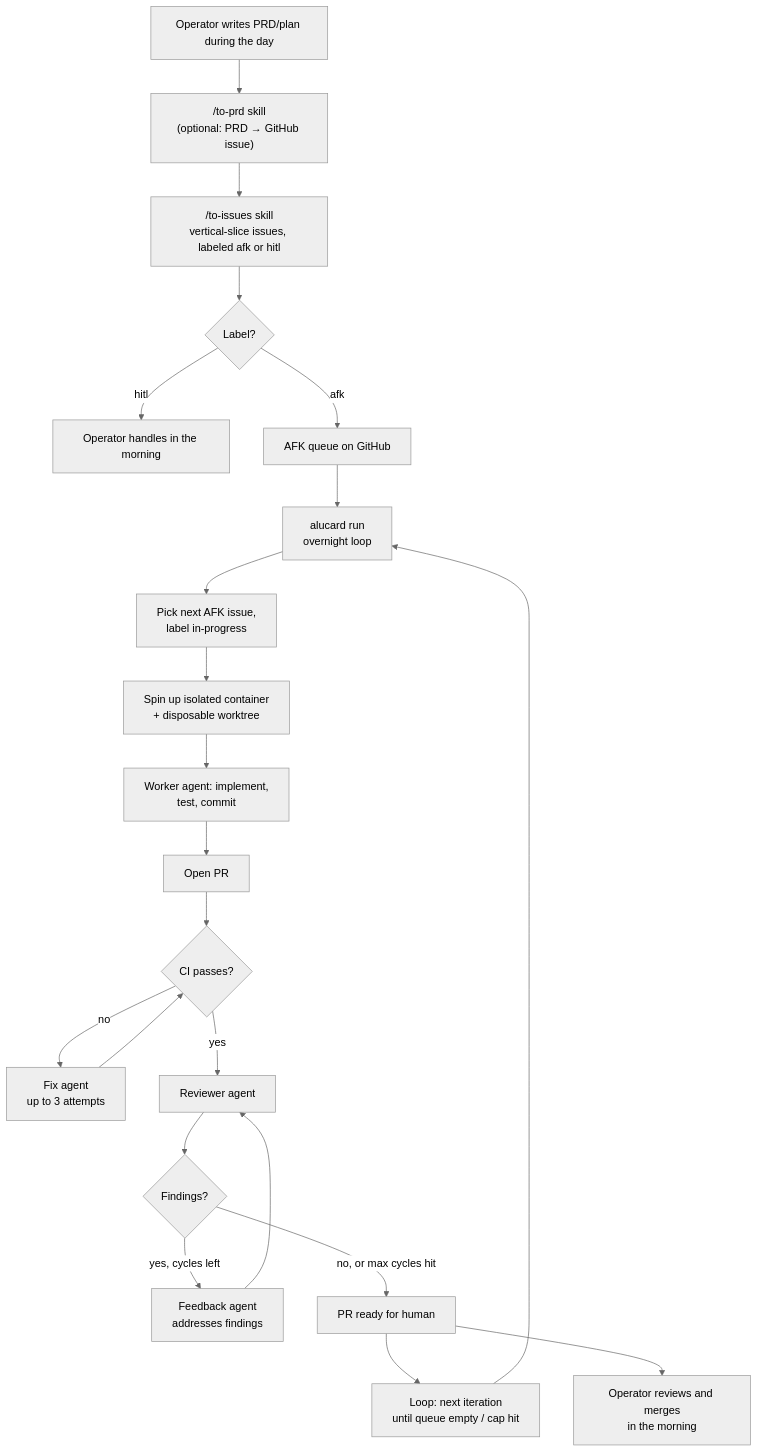
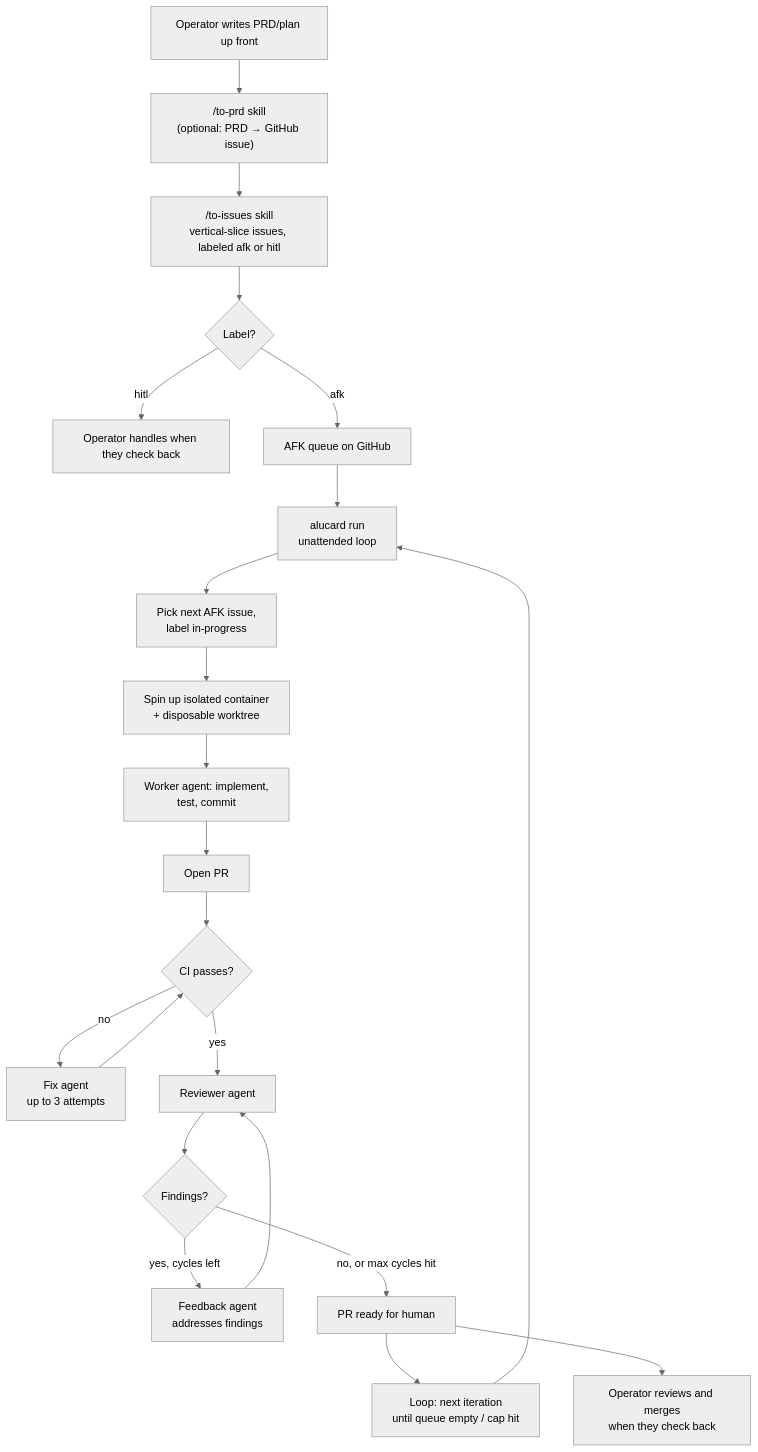
One commit to aldovc/alucard changed the diagram in README.md. Above: the diagram before and after it, drawn with Mermaid (neutral theme). The commit also changed other lines of this file and 1 other file, not shown here.

First line of the commit message:
docs: drop overnight/nightly framing — reframe as unattended (#26)

````diff
--- a/README.md
+++ b/README.md
@@ -20,27 +20,27 @@
 ```mermaid
 flowchart TD
-    A[Operator writes PRD/plan during the day] --> B["/to-prd skill<br/>(optional: PRD → GitHub issue)"]
+    A[Operator writes PRD/plan up front] --> B["/to-prd skill<br/>(optional: PRD → GitHub issue)"]
     B --> C["/to-issues skill<br/>vertical-slice issues, labeled afk or hitl"]
     C --> D{Label?}
-    D -->|hitl| E[Operator handles in the morning]
+    D -->|hitl| E[Operator handles when they check back]
     D -->|afk| F[AFK queue on GitHub]
 
-    F --> G[alucard run<br/>overnight loop]
+    F --> G[alucard run<br/>unattended loop]
     G --> H[Pick next AFK issue,<br/>label in-progress]
     H --> I[Spin up isolated container<br/>+ disposable worktree]
     I --> J[Worker agent: implement,<br/>test, commit]
     J --> K[Open PR]
 
     K --> L{CI passes?}
     L -->|no| M[Fix agent<br/>up to 3 attempts]
     M --> L
     L -->|yes| N[Reviewer agent]
     N --> O{Findings?}
     O -->|yes, cycles left| P[Feedback agent<br/>addresses findings]
     P --> N
     O -->|no, or max cycles hit| Q[PR ready for human]
 
     Q --> R[Loop: next iteration<br/>until queue empty / cap hit]
     R --> G
-    Q --> S[Operator reviews and merges<br/>in the morning]
+    Q --> S[Operator reviews and merges<br/>when they check back]
 ```
````
